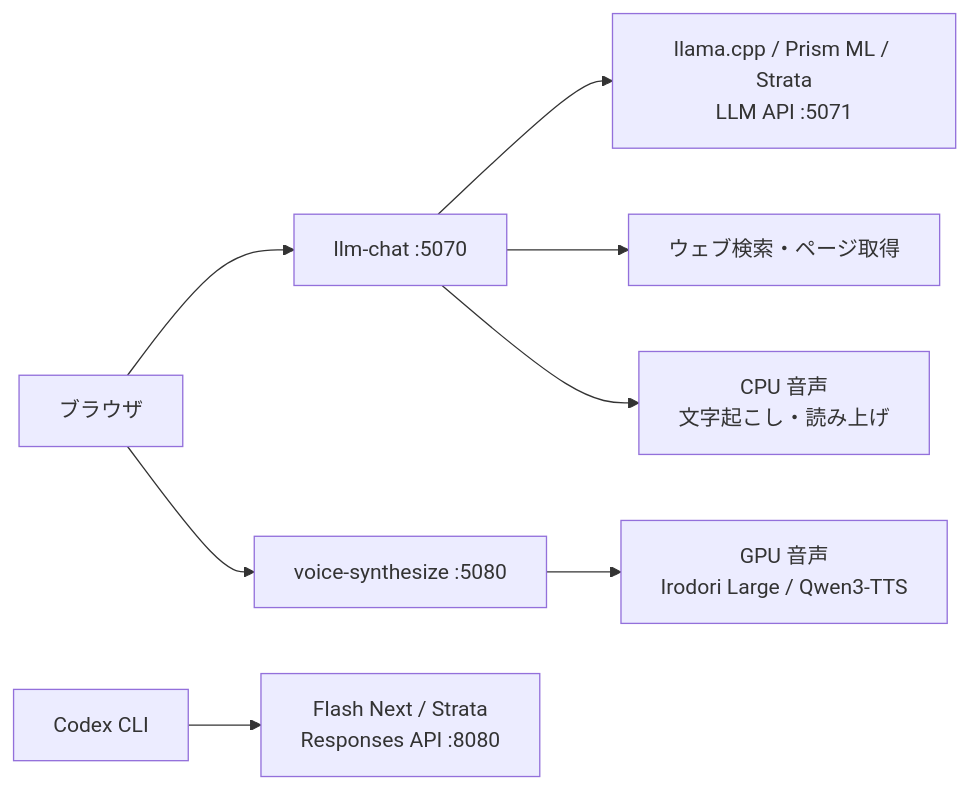
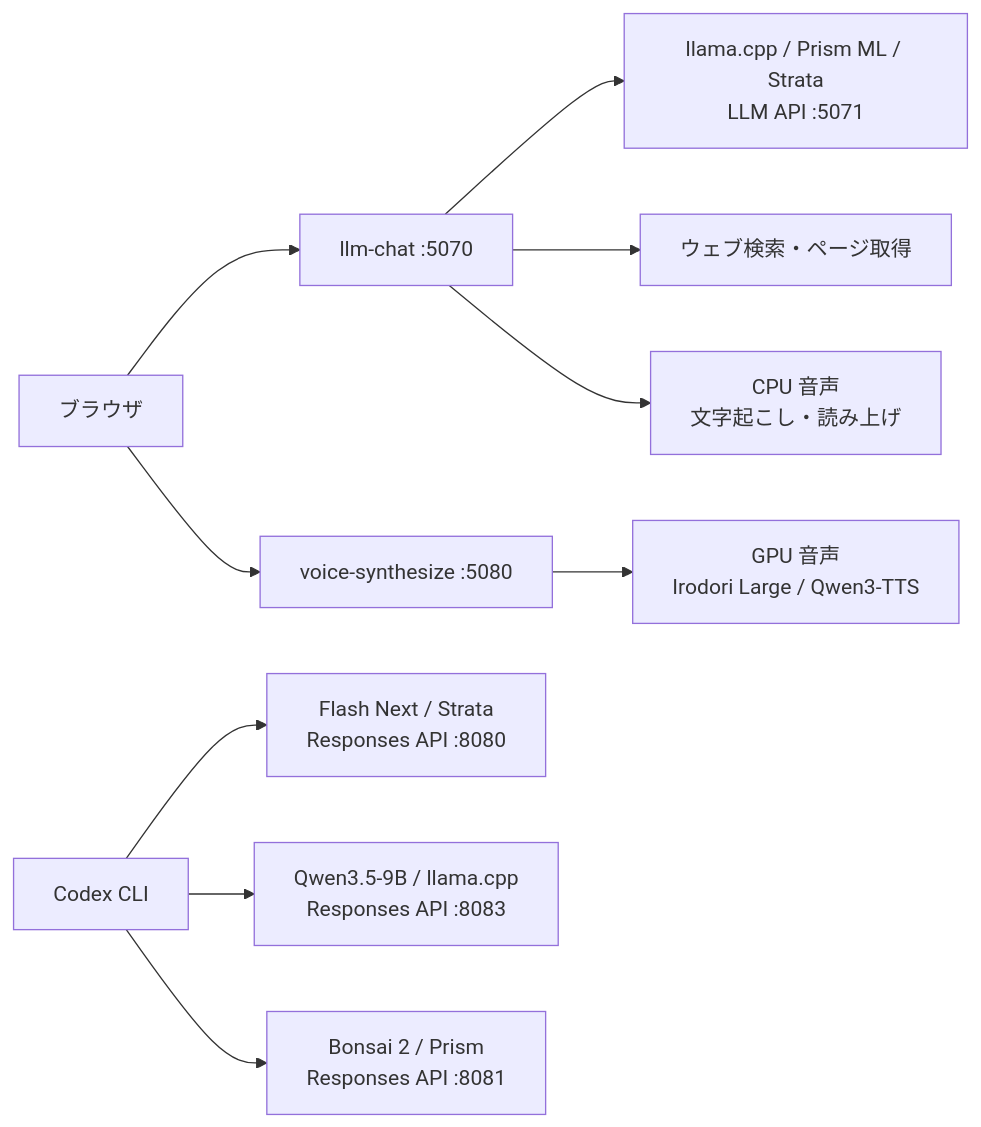
The diagram in README.md (Lzh-Function/LLM-app), drawn with Mermaid before and after one commit. The commit also changed other lines of this file and 33 other files, not shown here.

First line of the commit message:
Add local Codex profiles, search MCP, and inference tracing

````diff
--- a/README.md
+++ b/README.md
@@ -135,10 +137,12 @@
 ```mermaid
 flowchart LR
     Browser["ブラウザ"] --> Chat["llm-chat :5070"]
     Browser --> Studio["voice-synthesize :5080"]
     Chat --> Models["llama.cpp / Prism ML / Strata<br/>LLM API :5071"]
     Chat --> Search["ウェブ検索・ページ取得"]
     Chat --> Speech["CPU 音声<br/>文字起こし・読み上げ"]
     Studio --> TTS["GPU 音声<br/>Irodori Large / Qwen3-TTS"]
     Codex["Codex CLI"] --> Local["Flash Next / Strata<br/>Responses API :8080"]
+    Codex --> Local9["Qwen3.5-9B / llama.cpp<br/>Responses API :8083"]
+    Codex --> Bonsai["Bonsai 2 / Prism<br/>Responses API :8081"]
 ```
````
